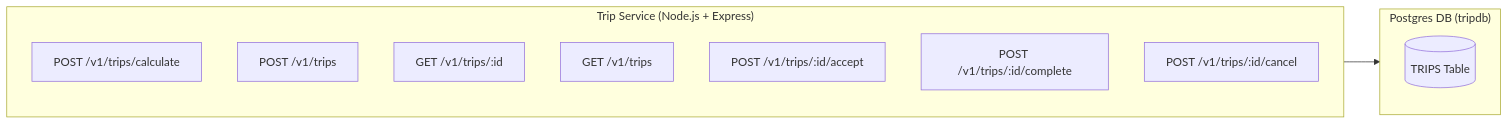
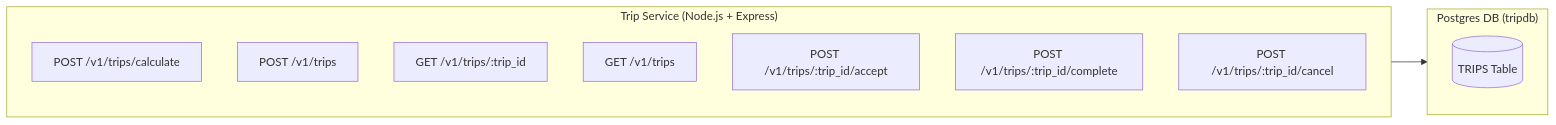
The first of 3 diagrams in README.md (2024tm93645-manpreetkaur-sasan/group50-ridehail-trip-service), drawn with Mermaid before and after one commit. The commit also changed other lines of this file and 6 other files, not shown here.

````diff
--- a/README.md
+++ b/README.md
@@ -116,18 +116,18 @@
 ```mermaid
 flowchart LR
   subgraph TripService["Trip Service (Node.js + Express)"]
     A1[POST /v1/trips/calculate]
     A2[POST /v1/trips]
-    A3[GET /v1/trips/:id]
+    A3[GET /v1/trips/:trip_id]
     A4[GET /v1/trips]
-    A5[POST /v1/trips/:id/accept]
-    A6[POST /v1/trips/:id/complete]
-    A7[POST /v1/trips/:id/cancel]
+    A5[POST /v1/trips/:trip_id/accept]
+    A6[POST /v1/trips/:trip_id/complete]
+    A7[POST /v1/trips/:trip_id/cancel]
   end
 
   subgraph PostgresDB["Postgres DB (tripdb)"]
     T1[(TRIPS Table)]
   end
 
   TripService --> PostgresDB
 ```
````
